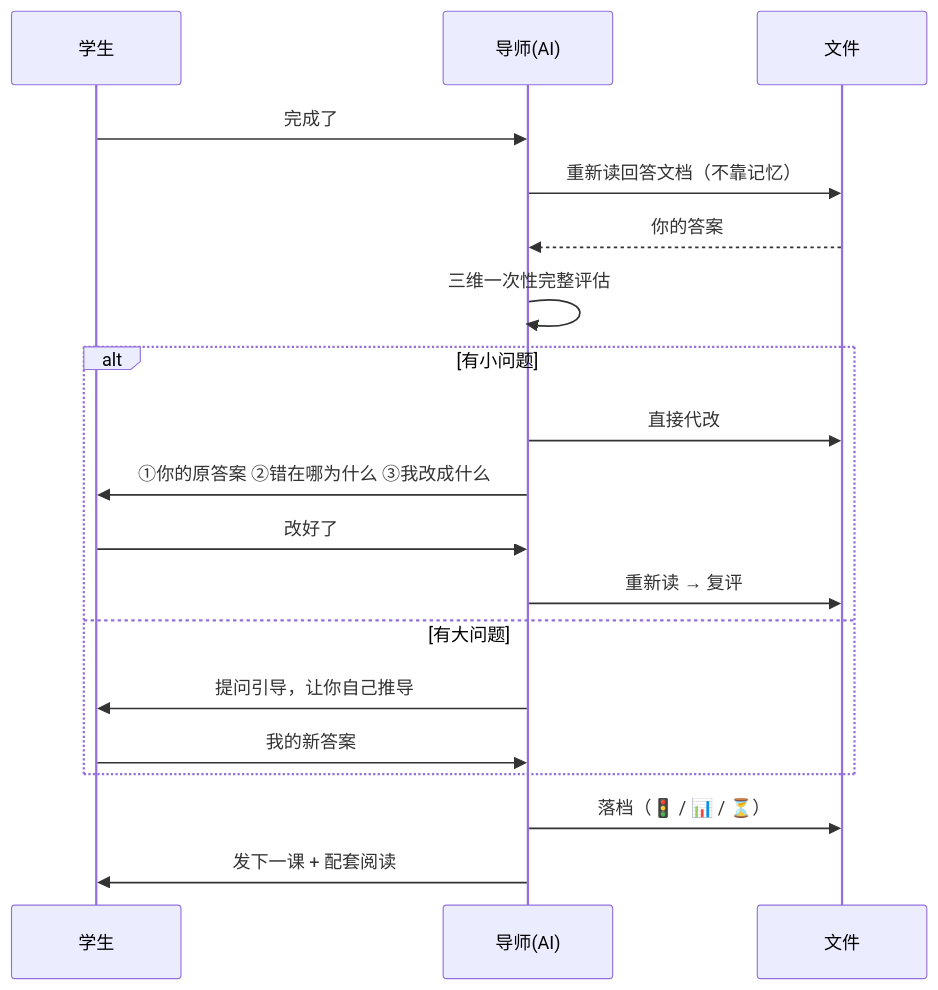
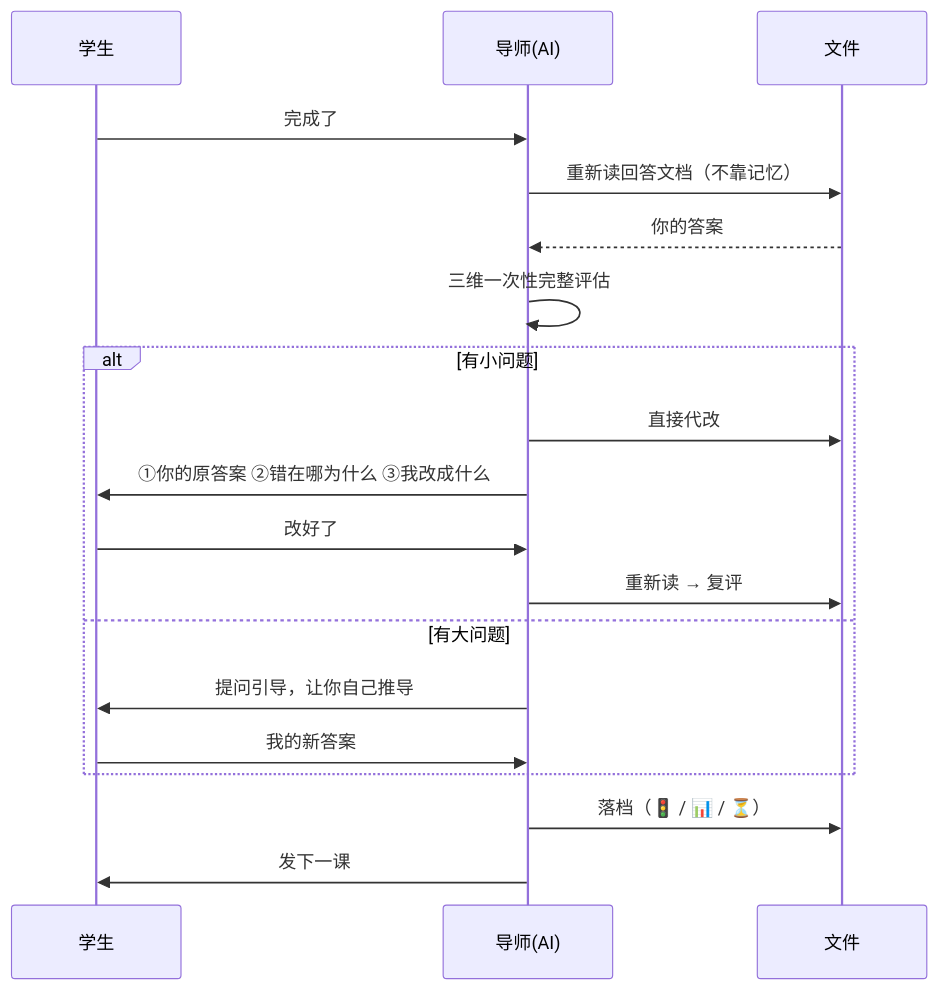
Before and after one commit to wildcat430524/StepsToGreat: the second of 3 diagrams in 教程/界面示意图.md, drawn with Mermaid. The commit also changed other lines of this file and 31 other files, not shown here.

````diff
--- a/教程/界面示意图.md
+++ b/教程/界面示意图.md
@@ -312,22 +311,22 @@
 ```mermaid
 sequenceDiagram
     participant S as 学生
     participant T as 导师(AI)
     participant F as 文件
 
     S->>T: 完成了
     T->>F: 重新读回答文档（不靠记忆）
     F-->>T: 你的答案
     T->>T: 三维一次性完整评估
     alt 有小问题
         T->>F: 直接代改
         T->>S: ①你的原答案 ②错在哪为什么 ③我改成什么
         S->>T: 改好了
         T->>F: 重新读 → 复评
     else 有大问题
         T->>S: 提问引导，让你自己推导
         S->>T: 我的新答案
     end
     T->>F: 落档（🚦 / 📊 / ⏳）
-    T->>S: 发下一课 + 配套阅读
+    T->>S: 发下一课
 ```
````
